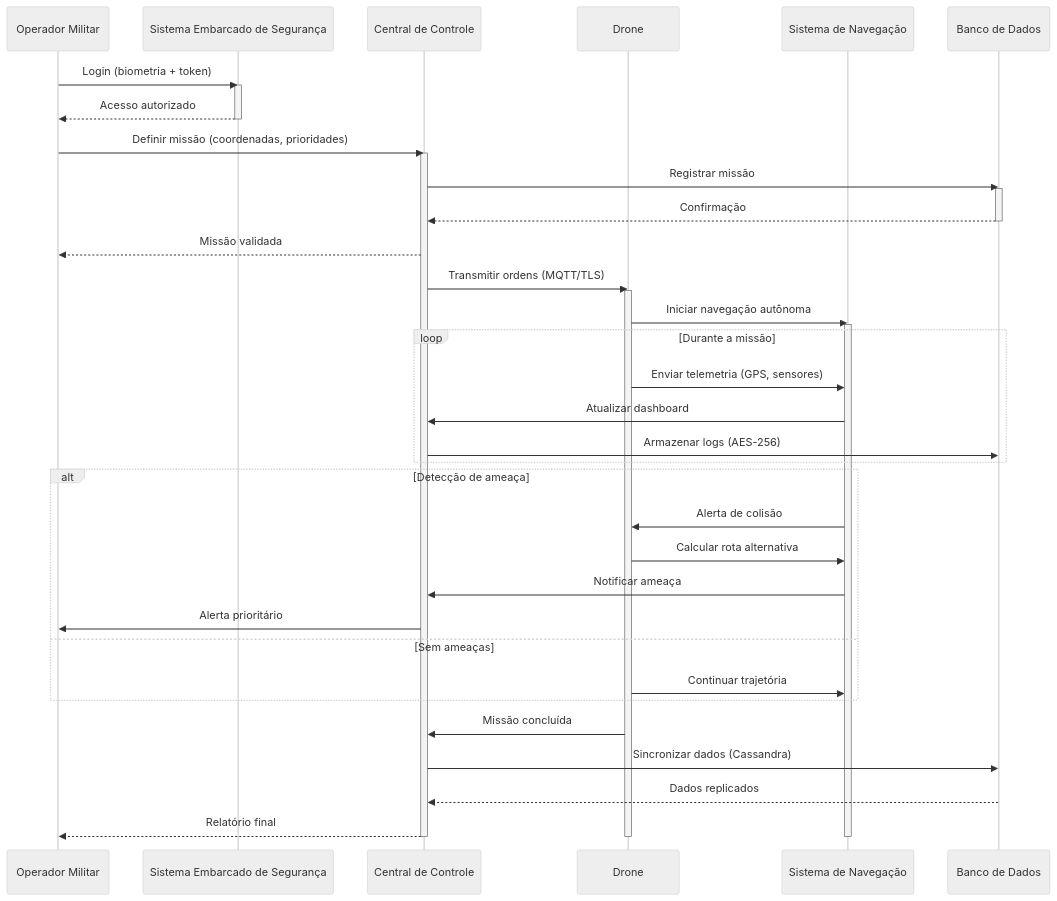
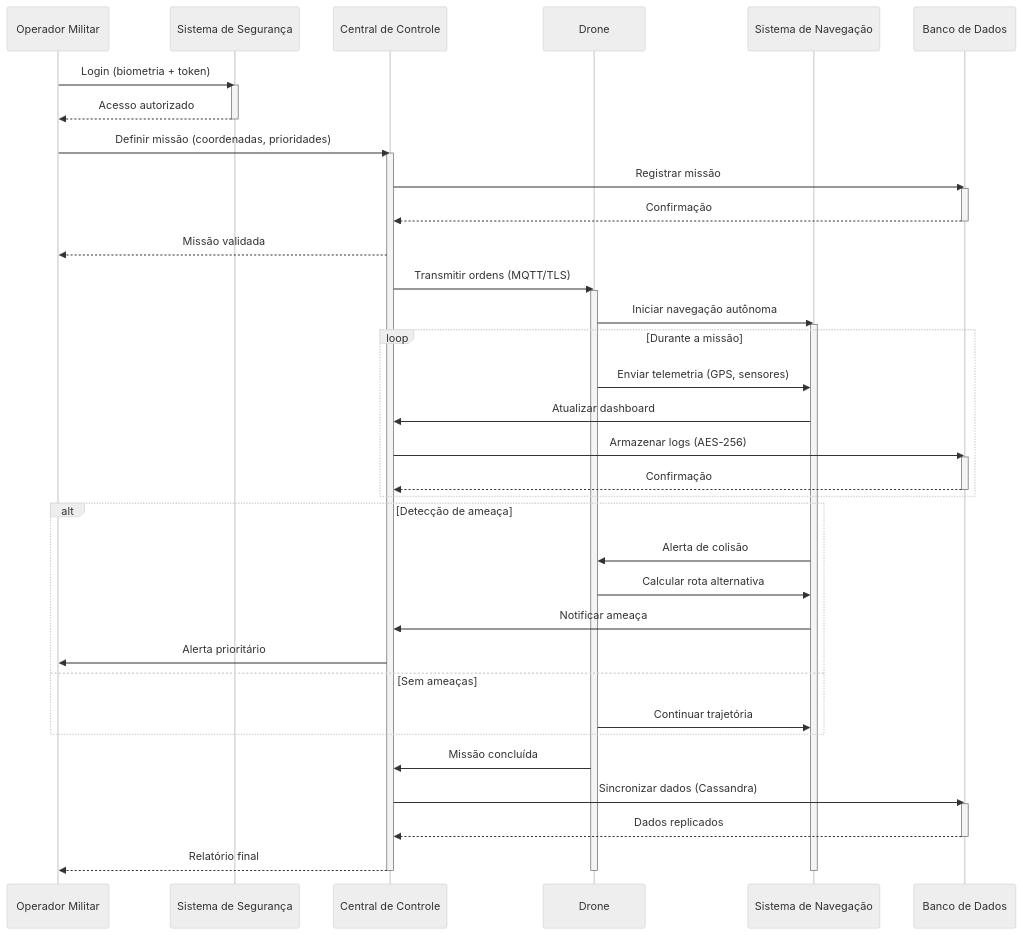
The fifth of 5 diagrams in docs/index.md (vagajuntos/Projeto-Software), drawn with Mermaid (neutral theme) before and after one commit.

`````diff
--- a/docs/index.md
+++ b/docs/index.md
@@ -393,56 +393,62 @@
 ```mermaid
 sequenceDiagram
     participant Militar as Operador Militar
-    participant SistemaSeguranca as Sistema Embarcado de Segurança
+    participant SistemaSeguranca as Sistema de Segurança
     participant CentralControle as Central de Controle
     participant Drone
     participant Navegacao as Sistema de Navegação
     participant BancoDados as Banco de Dados
 
     %% Autenticação e Inicialização
     Militar->>SistemaSeguranca: Login (biometria + token)
     activate SistemaSeguranca
     SistemaSeguranca-->>Militar: Acesso autorizado
     deactivate SistemaSeguranca
 
     %% Planejamento da Missão
     Militar->>CentralControle: Definir missão (coordenadas, prioridades)
     activate CentralControle
     CentralControle->>BancoDados: Registrar missão
     activate BancoDados
     BancoDados-->>CentralControle: Confirmação
     deactivate BancoDados
     CentralControle-->>Militar: Missão validada
 
     %% Execução da Missão
     CentralControle->>Drone: Transmitir ordens (MQTT/TLS)
     activate Drone
     Drone->>Navegacao: Iniciar navegação autônoma
     activate Navegacao
 
     %% Monitoramento em Tempo Real
     loop Durante a missão
         Drone->>Navegacao: Enviar telemetria (GPS, sensores)
         Navegacao->>CentralControle: Atualizar dashboard
         CentralControle->>BancoDados: Armazenar logs (AES-256)
+        activate BancoDados
+        BancoDados-->>CentralControle: Confirmação
+        deactivate BancoDados
     end
 
     %% Tratamento de Ameaças
     alt Detecção de ameaça
         Navegacao->>Drone: Alerta de colisão
         Drone->>Navegacao: Calcular rota alternativa
         Navegacao->>CentralControle: Notificar ameaça
         CentralControle->>Militar: Alerta prioritário
     else Sem ameaças
         Drone->>Navegacao: Continuar trajetória
     end
 
     %% Conclusão da Missão
     Drone->>CentralControle: Missão concluída
     CentralControle->>BancoDados: Sincronizar dados (Cassandra)
+    activate BancoDados
     BancoDados-->>CentralControle: Dados replicados
+    deactivate BancoDados
     CentralControle-->>Militar: Relatório final
+
     deactivate CentralControle
     deactivate Drone
     deactivate Navegacao
-```
+````
`````
